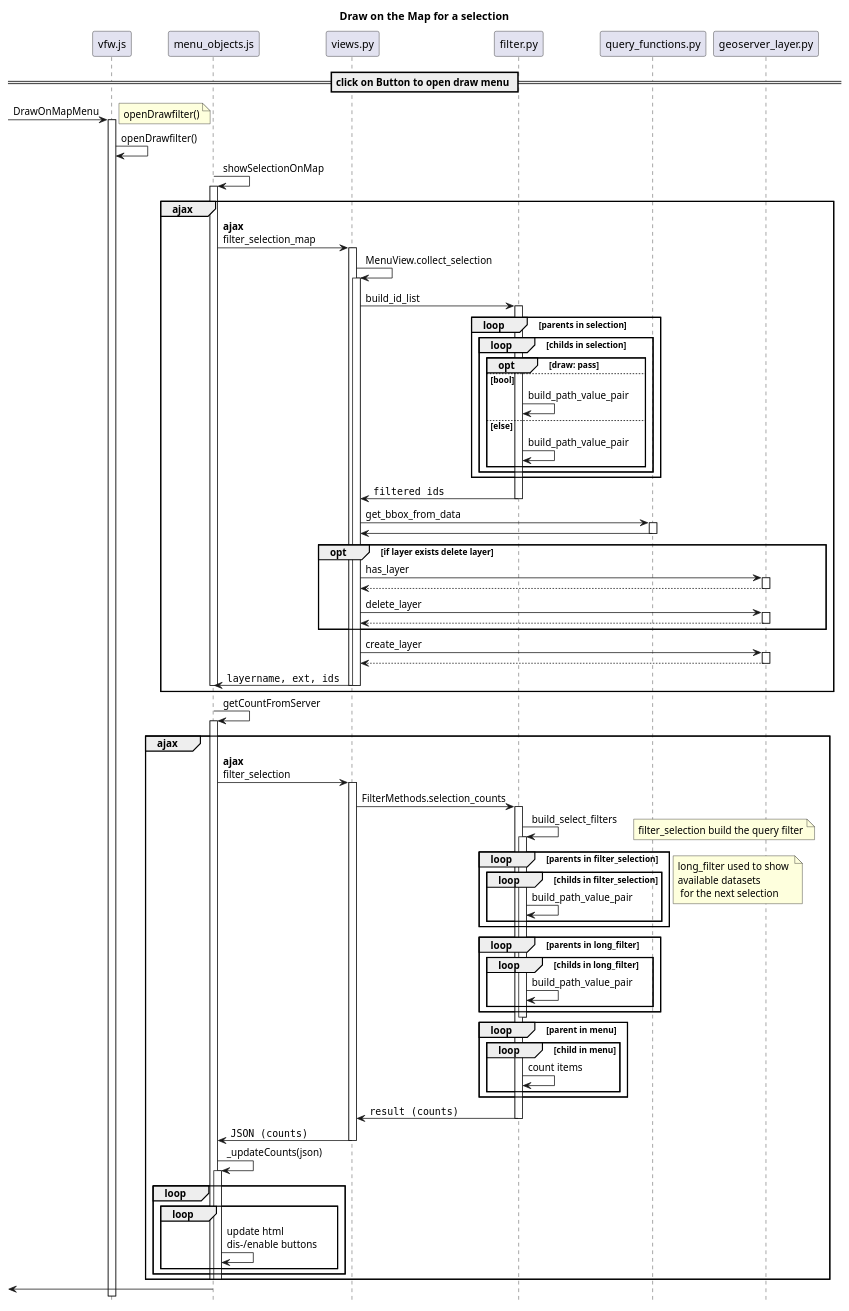
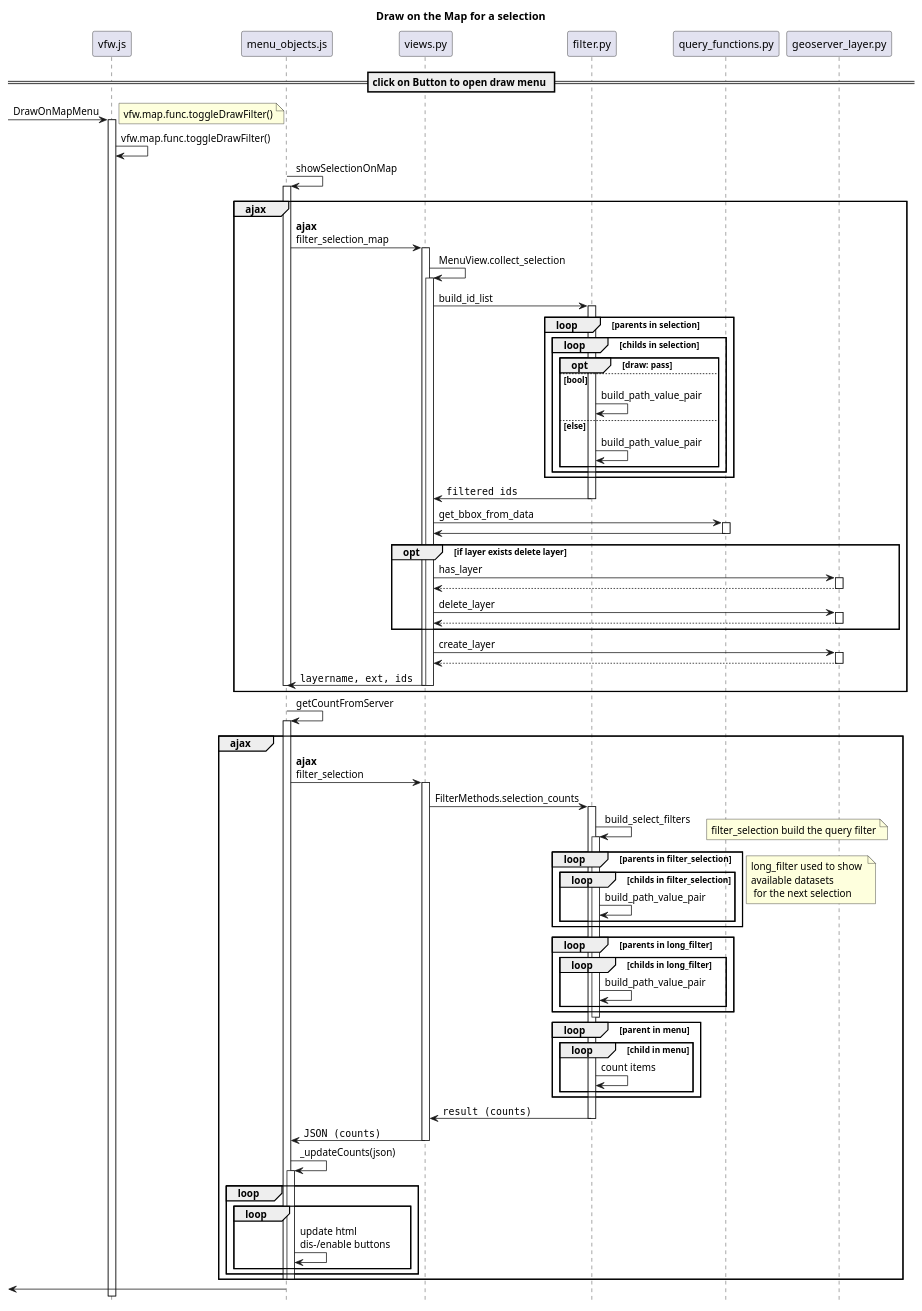
The diagram in diagrams/drawOnMapMenu.puml (VForWaTer/vforwater-portal), drawn with PlantUML before and after one commit. The commit also changed 10 other files, not shown here.

```diff
--- a/diagrams/drawOnMapMenu.puml
+++ b/diagrams/drawOnMapMenu.puml
@@ -1,90 +1,90 @@
 @startuml
 title Draw on the Map for a selection
 
 hide footbox
 
 
 == click on Button to open draw menu ==
 [-> vfw.js ++: DrawOnMapMenu
-note left: openDrawfilter()
-vfw.js -> vfw.js: openDrawfilter()
+note left: vfw.map.func.toggleDrawFilter()
+vfw.js -> vfw.js: vfw.map.func.toggleDrawFilter()
 
 
 
 
 ' checkSiblings checks what is clicked
 menu_objects.js -> menu_objects.js ++: showSelectionOnMap
 group ajax
 menu_objects.js -> views.py ++: **ajax**\nfilter_selection_map
 views.py -> views.py ++: MenuView.collect_selection
 views.py -> filter.py ++: build_id_list
 loop parents in selection
     loop childs in selection
         opt draw: pass
         else bool
             filter.py -> filter.py: build_path_value_pair
         else else
             filter.py -> filter.py: build_path_value_pair
         end
     end
 end
 views.py <- filter.py : ""filtered ids""
 deactivate filter.py
 views.py -> query_functions.py ++: get_bbox_from_data
 views.py <- query_functions.py --
 opt if layer exists delete layer
     views.py -> geoserver_layer.py ++: has_layer
     return
 
     views.py -> geoserver_layer.py ++: delete_layer
     return
 end
 views.py -> geoserver_layer.py ++: create_layer
 return
 menu_objects.js <- views.py --: ""layername, ext, ids""
 deactivate views.py
 deactivate menu_objects.js
 end
 
 menu_objects.js -> menu_objects.js ++: getCountFromServer
 group ajax
 menu_objects.js -> views.py ++: **ajax**\nfilter_selection
 views.py -> filter.py ++: FilterMethods.selection_counts
 filter.py -> filter.py ++: build_select_filters
 loop parents in filter_selection
 note right: filter_selection build the query filter
     loop childs in filter_selection
         filter.py -> filter.py: build_path_value_pair
     end
 end
 
 loop parents in long_filter
     loop childs in long_filter
 note left: long_filter used to show \navailable datasets\n for the next selection
         filter.py -> filter.py: build_path_value_pair
     end
 end
 deactivate filter.py
 
 loop parent in menu
     loop child in menu
         filter.py -> filter.py: count items
     end
 end
 views.py <- filter.py --: ""result (counts)""
 menu_objects.js <- views.py --: ""JSON (counts)""
 menu_objects.js -> menu_objects.js ++: _updateCounts(json)
 loop
     loop
         menu_objects.js -> menu_objects.js: update html \ndis-/enable buttons
     end
 end
 deactivate menu_objects.js
 deactivate menu_objects.js
 deactivate menu_objects.js
 end
 [<- menu_objects.js
 
 
 
 @enduml
```
